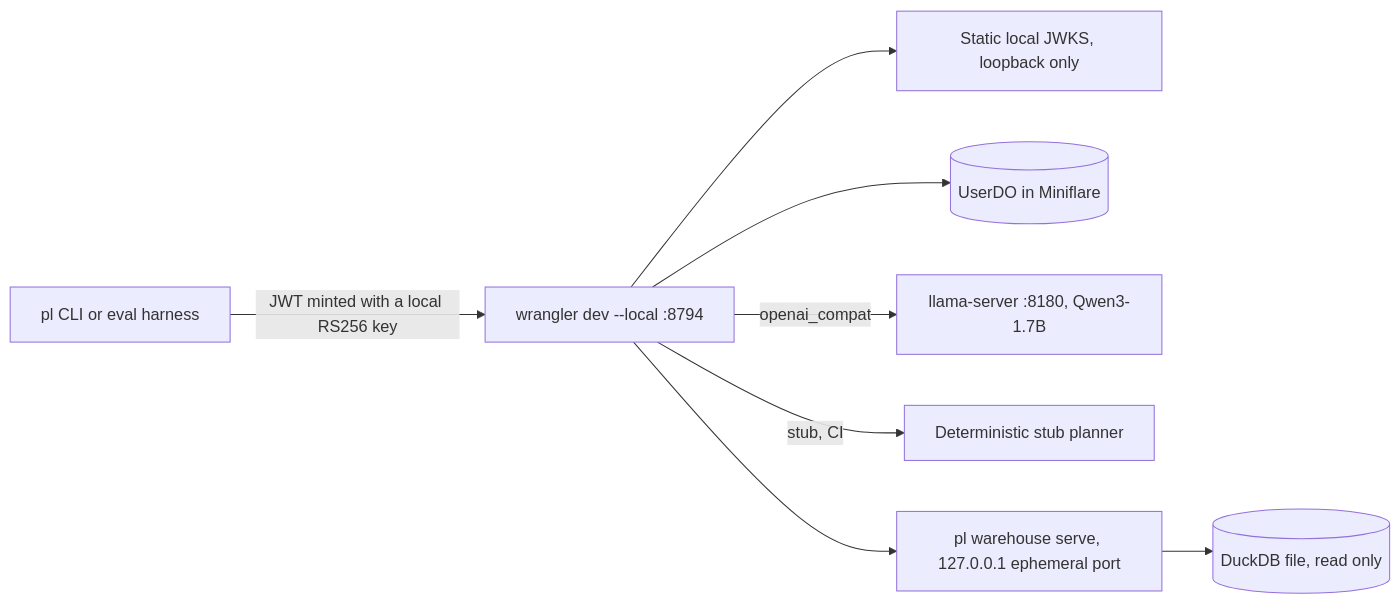
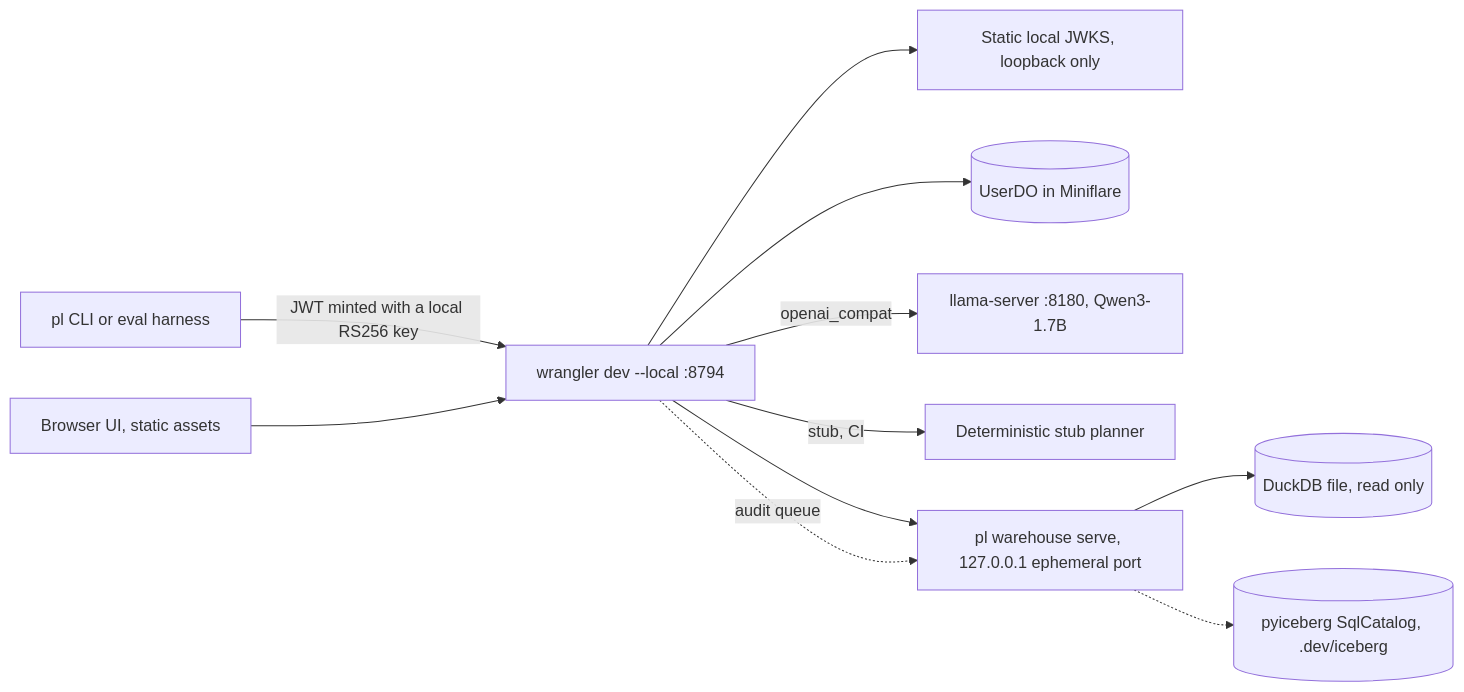
One commit to nitishsjsucs/peoplelens changed the second of 2 diagrams in README.md. Above: the diagram before and after it, drawn with Mermaid. The commit also changed other lines of this file, not shown here.

````diff
--- a/README.md
+++ b/README.md
@@ -60,10 +61,13 @@
 ```mermaid
 flowchart LR
   CLI[pl CLI or eval harness] -->|JWT minted with a local RS256 key| WD[wrangler dev --local :8794]
   WD --> AUTHL[Static local JWKS, loopback only]
   WD --> DOL[(UserDO in Miniflare)]
   WD -->|openai_compat| LS[llama-server :8180, Qwen3-1.7B]
   WD -->|stub, CI| STUB[Deterministic stub planner]
   WD --> SC[pl warehouse serve, 127.0.0.1 ephemeral port]
   SC --> DDB[(DuckDB file, read only)]
+  WD -.->|audit queue| SC
+  SC -.-> ICE[(pyiceberg SqlCatalog, .dev/iceberg)]
+  B[Browser UI, static assets] --> WD
 ```
````
